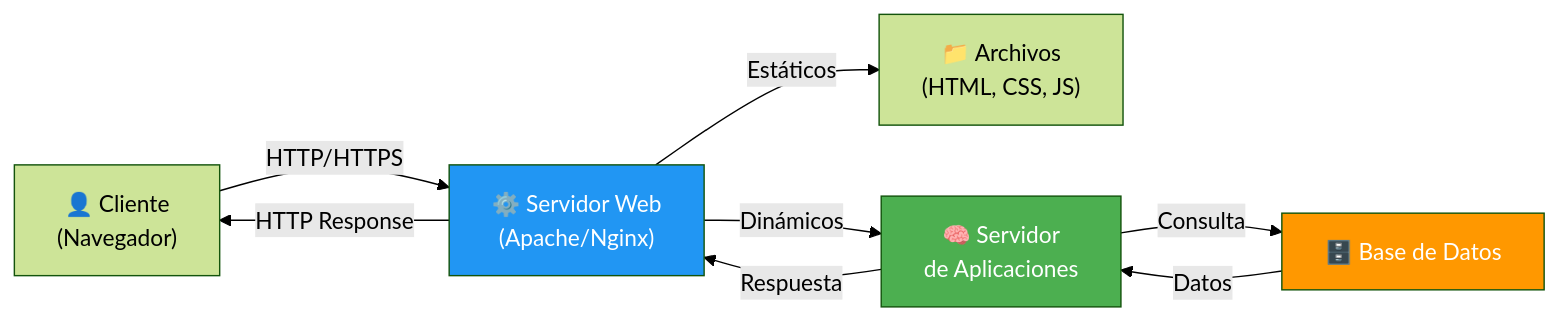
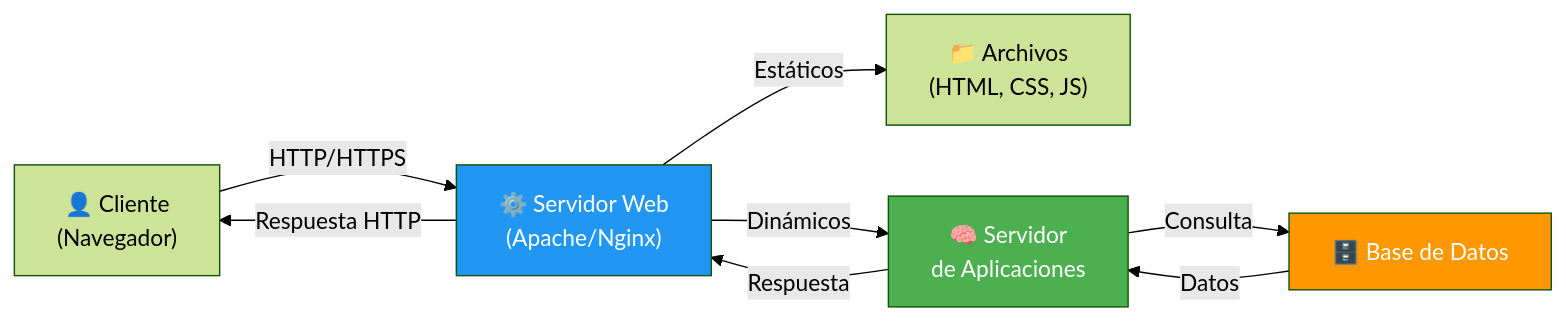
The first of 4 diagrams in 08-servidores-web.md (joseluisgs/DesarrolloWebEntornosServidor-01-2026-2027), drawn with Mermaid (forest theme) before and after one commit. The commit also changed other lines of this file and 77 other files, not shown here.

````diff
--- a/08-servidores-web.md
+++ b/08-servidores-web.md
@@ -44,14 +44,14 @@
 ```mermaid
 graph LR
     C["👤 Cliente<br/>(Navegador)"] -->|"HTTP/HTTPS"| SW["⚙️ Servidor Web<br/>(Apache/Nginx)"]
     SW -->|"Estáticos"| FS["📁 Archivos<br/>(HTML, CSS, JS)"]
     SW -->|"Dinámicos"| SA["🧠 Servidor<br/>de Aplicaciones"]
     SA -->|"Consulta"| DB["🗄️ Base de Datos"]
     DB -->|"Datos"| SA
     SA -->|"Respuesta"| SW
-    SW -->|"HTTP Response"| C
+    SW -->|"Respuesta HTTP"| C
 
     style SW fill:#2196F3,color:#fff
     style SA fill:#4CAF50,color:#fff
     style DB fill:#FF9800,color:#fff
 ```
````
